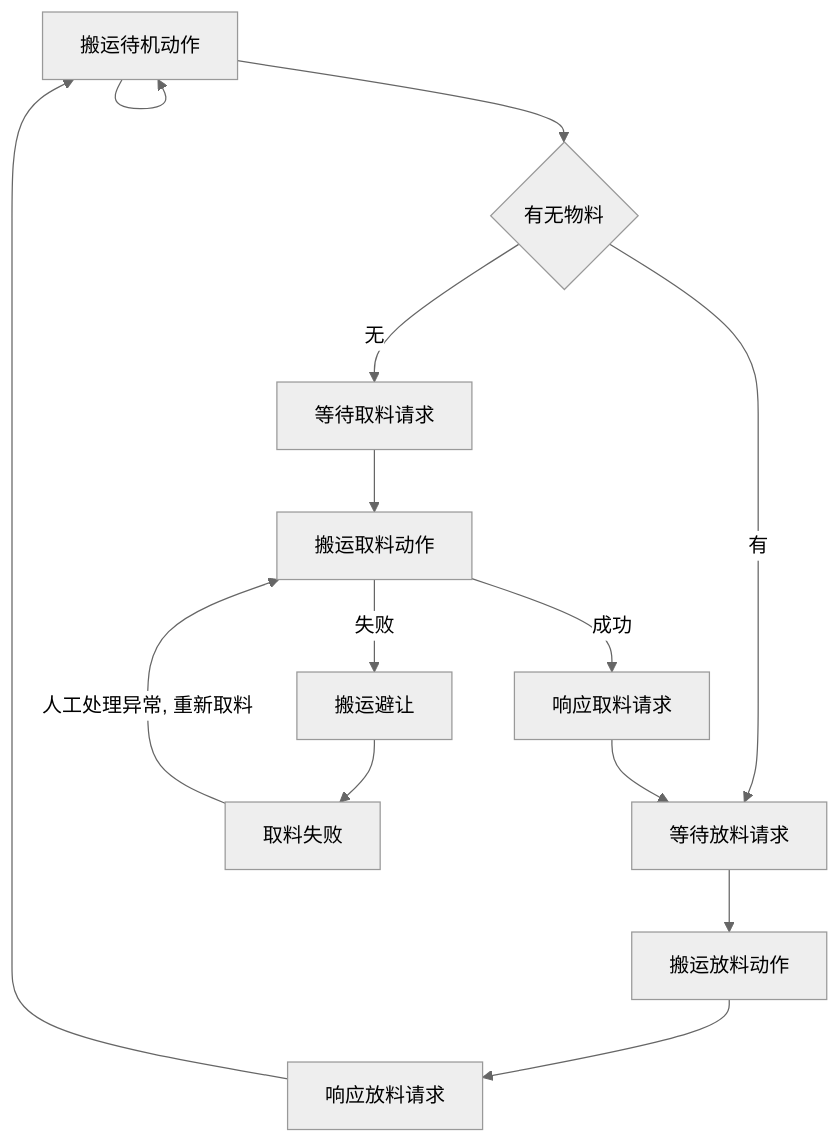
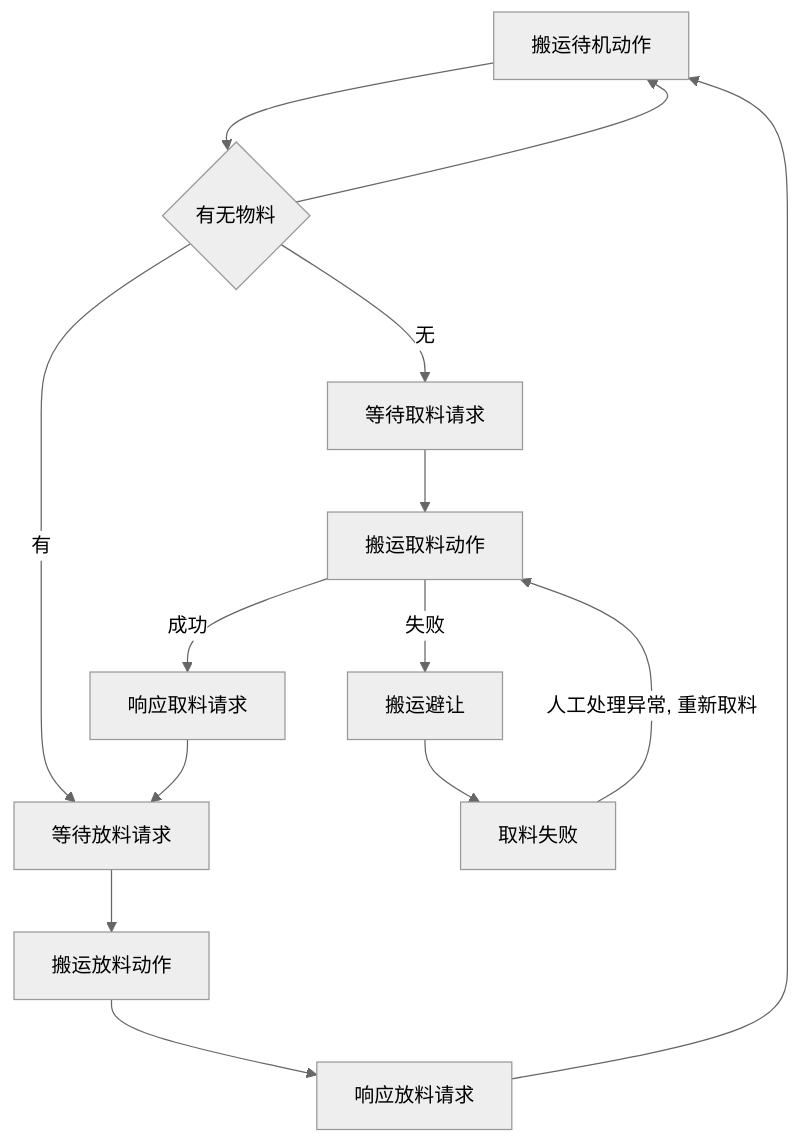
Before and after one commit to PengKun1/iodraw-files: the diagram in all/OP10焊接工位自动流程.md, drawn with Mermaid (neutral theme).

Commit message:
2024-08-06 16:52:41 update

````diff
--- a/all/OP10焊接工位自动流程.md
+++ b/all/OP10焊接工位自动流程.md
@@ -1,18 +1,19 @@
 ```mermaid
 graph TD
-10[D01:焊接X轴到待机位]-->10
 10[搬运待机动作]-->20
+20[D01:焊接X轴到待机位]-->10
+
 20{有无物料}-->|无|30
 20-->|有|60
 30[等待取料请求]-->40
 40[搬运取料动作]-->|成功|50
 40-->|失败|90
 50[响应取料请求]-->60
 60[等待放料请求]-->70
 70[搬运放料动作]-->80
 80[响应放料请求]-->10
 
 90[搬运避让]-->900
 
 900[取料失败]-->|人工处理异常, 重新取料|40
 ```
````
